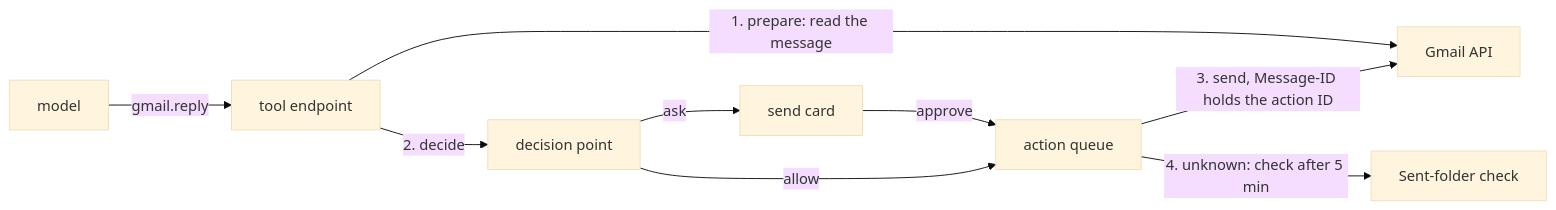
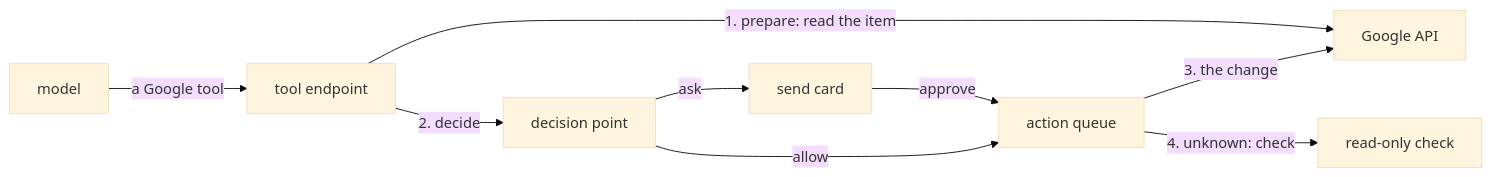
One commit to zgeoff/nixie changed the diagram in docs/design/queue/gmail-calendar-drive-tools.md. Above: the diagram before and after it, drawn with Mermaid (base theme). The commit also changed other lines of this file and 137 other files, not shown here.

First line of the commit message:
feat(connectors): add the gmail tools to the google connector (#1489)

````diff
--- a/docs/design/queue/gmail-calendar-drive-tools.md
+++ b/docs/design/queue/gmail-calendar-drive-tools.md
@@ -31,11 +31,11 @@
 ```mermaid
 flowchart LR
-  model[model] -->|"gmail.reply"| endpoint[tool endpoint]
-  endpoint -->|"1. prepare: read the message"| gmail[Gmail API]
+  model[model] -->|"a Google tool"| endpoint[tool endpoint]
+  endpoint -->|"1. prepare: read the item"| gmail[Google API]
   endpoint -->|"2. decide"| dp[decision point]
   dp -->|ask| card[send card]
   card -->|approve| queue[action queue]
   dp -->|allow| queue
-  queue -->|"3. send, Message-ID holds the action ID"| gmail
-  queue -->|"4. unknown: check after 5 min"| sent[Sent-folder check]
+  queue -->|"3. the change"| gmail
+  queue -->|"4. unknown: check"| sent[read-only check]
 ```
````
